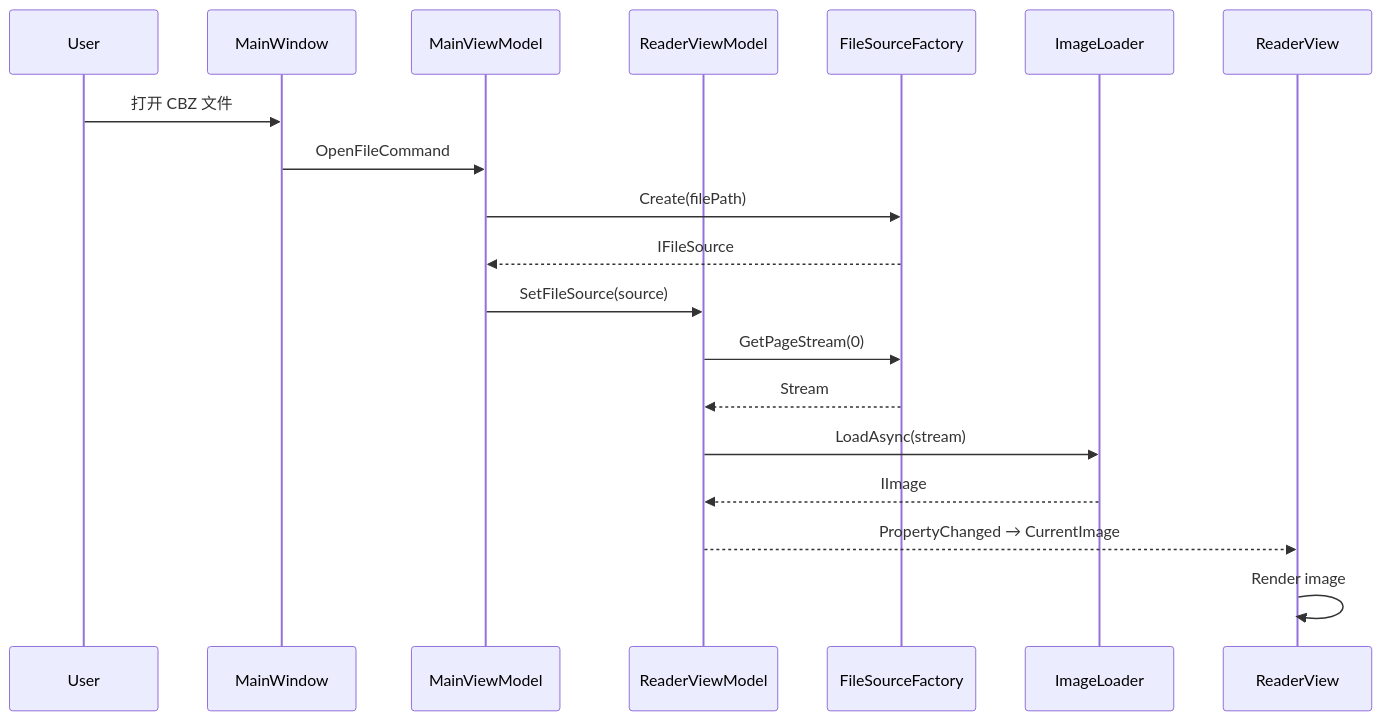
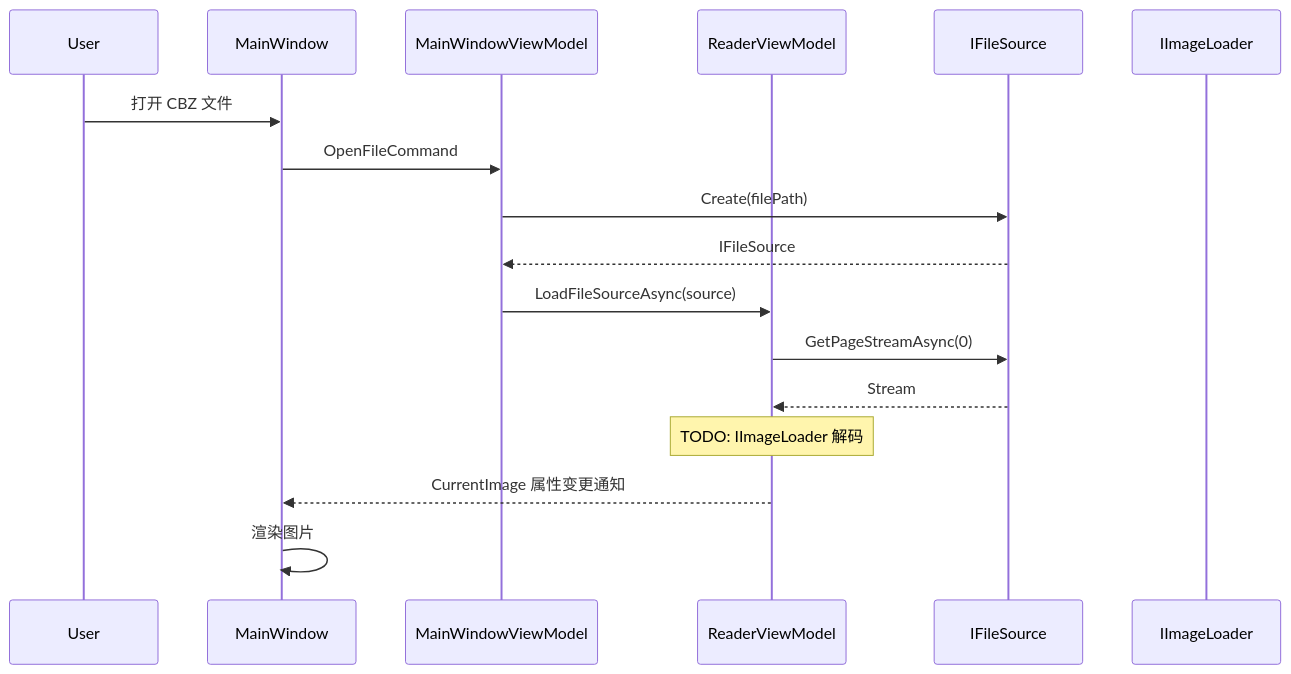
The second of 2 diagrams in docs/architecture.md (numbaa/nbreader), drawn with Mermaid before and after one commit. The commit also changed other lines of this file and 4 other files, not shown here.

````diff
--- a/docs/architecture.md
+++ b/docs/architecture.md
@@ -210,22 +196,20 @@
 ```mermaid
 sequenceDiagram
     participant U as User
     participant MW as MainWindow
-    participant MVM as MainViewModel
+    participant MWVM as MainWindowViewModel
     participant RVM as ReaderViewModel
-    participant FS as FileSourceFactory
-    participant IL as ImageLoader
-    participant RV as ReaderView
+    participant FS as IFileSource
+    participant IL as IImageLoader
 
     U->>MW: 打开 CBZ 文件
-    MW->>MVM: OpenFileCommand
-    MVM->>FS: Create(filePath)
-    FS-->>MVM: IFileSource
-    MVM->>RVM: SetFileSource(source)
-    RVM->>FS: GetPageStream(0)
+    MW->>MWVM: OpenFileCommand
+    MWVM->>FS: Create(filePath)
+    FS-->>MWVM: IFileSource
+    MWVM->>RVM: LoadFileSourceAsync(source)
+    RVM->>FS: GetPageStreamAsync(0)
     FS-->>RVM: Stream
-    RVM->>IL: LoadAsync(stream)
-    IL-->>RVM: IImage
-    RVM-->>RV: PropertyChanged → CurrentImage
-    RV->>RV: Render image
+    Note over RVM: TODO: IImageLoader 解码
+    RVM-->>MW: CurrentImage 属性变更通知
+    MW->>MW: 渲染图片
 ```
````
